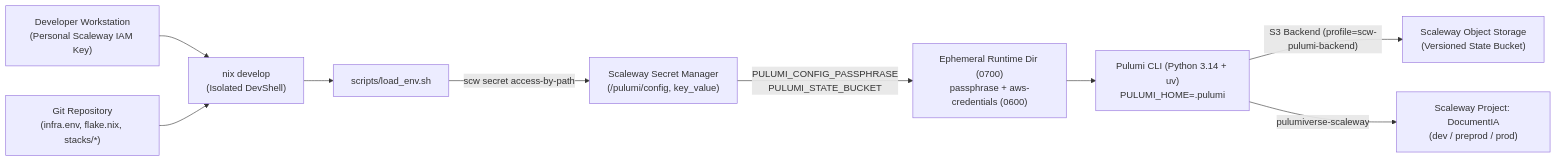
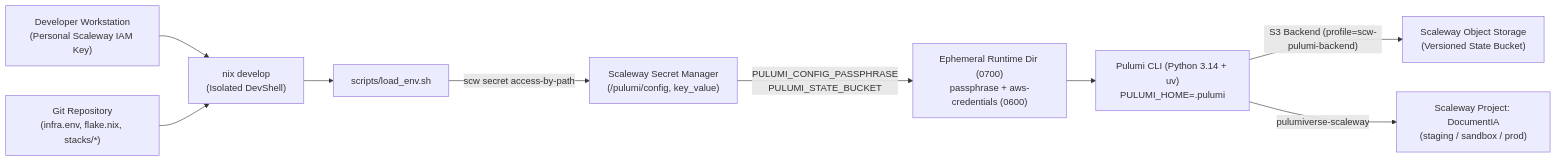
The first of 17 diagrams in docs/ARCHITECTURE.md (etalab-ia/document-ia-infra), drawn with Mermaid before and after one commit. The commit also changed other lines of this file, not shown here.

Commit message:
chore: architecture scaleway

````diff
--- a/docs/ARCHITECTURE.md
+++ b/docs/ARCHITECTURE.md
@@ -11,11 +11,11 @@
 ```mermaid
 flowchart LR
     DEV["Developer Workstation<br/>(Personal Scaleway IAM Key)"] --> NIX["nix develop<br/>(Isolated DevShell)"]
     GIT["Git Repository<br/>(infra.env, flake.nix, stacks/*)"] --> NIX
     NIX --> LOADER["scripts/load_env.sh"]
     LOADER -->|"scw secret access-by-path"| VAULT["Scaleway Secret Manager<br/>(/pulumi/config, key_value)"]
     VAULT -->|"PULUMI_CONFIG_PASSPHRASE<br/>PULUMI_STATE_BUCKET"| RUNTIME["Ephemeral Runtime Dir (0700)<br/>passphrase + aws-credentials (0600)"]
     RUNTIME --> PULUMI["Pulumi CLI (Python 3.14 + uv)<br/>PULUMI_HOME=.pulumi"]
     PULUMI -->|"S3 Backend (profile=scw-pulumi-backend)"| STATE["Scaleway Object Storage<br/>(Versioned State Bucket)"]
-    PULUMI -->|"pulumiverse-scaleway"| SCW["Scaleway Project: DocumentIA<br/>(dev / preprod / prod)"]
+    PULUMI -->|"pulumiverse-scaleway"| SCW["Scaleway Project: DocumentIA<br/>(staging / sandbox / prod)"]
 ```
````
